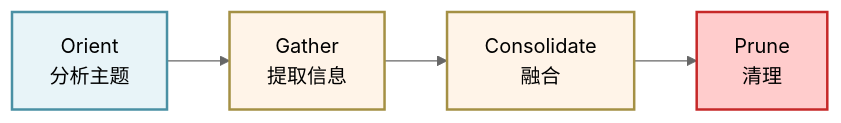
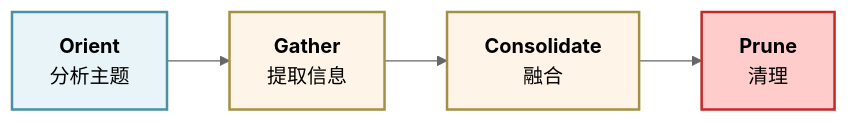
The diagram in 06_memory/summary.md (yeasy/harness_engineering_guide), drawn with Mermaid (neutral theme) before and after one commit. The commit also changed 26 other files, not shown here.

Commit message:
Add bold titles to Mermaid diagram nodes

````diff
--- a/06_memory/summary.md
+++ b/06_memory/summary.md
@@ -87,11 +87,11 @@
 ```mermaid
 flowchart LR
-    A["Orient<br/>分析主题"] --> B["Gather<br/>提取信息"]
-    B --> C["Consolidate<br/>融合"]
-    C --> D["Prune<br/>清理"]
+    A["<b>Orient</b><br/>分析主题"] --> B["<b>Gather</b><br/>提取信息"]
+    B --> C["<b>Consolidate</b><br/>融合"]
+    C --> D["<b>Prune</b><br/>清理"]
 
     style A fill:#e8f4f8,stroke:#4a90a4,stroke-width:2px,color:#000000
     style B fill:#fff4e8,stroke:#a49044,stroke-width:2px,color:#000000
     style C fill:#fff4e8,stroke:#a49044,stroke-width:2px,color:#000000
     style D fill:#ffcccc,stroke:#c62828,stroke-width:2px,color:#000000
 ```
````
